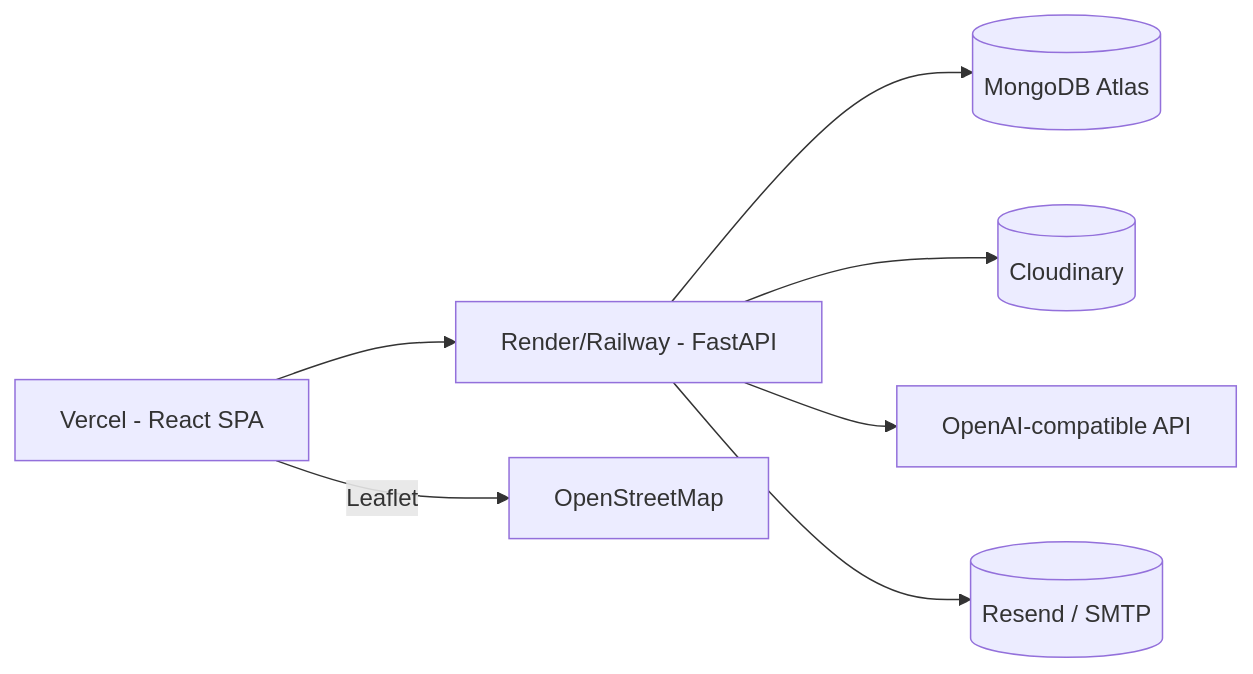
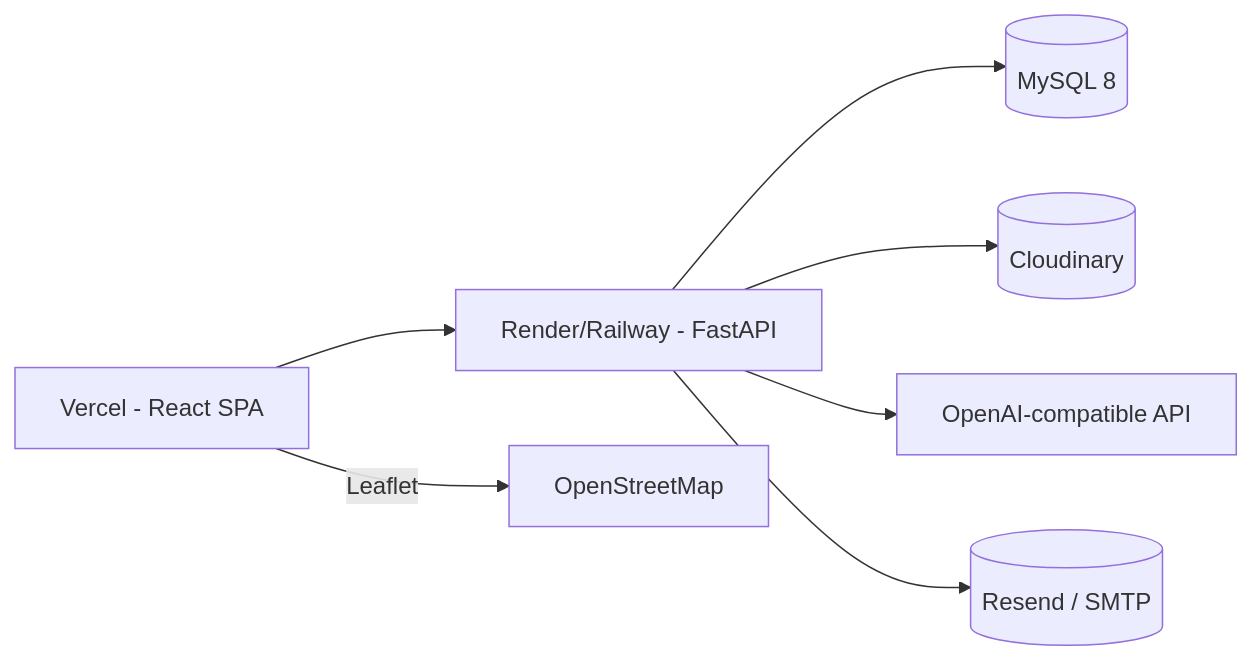
Before and after one commit to shreyasadawarti/legal-connect: the diagram in docs/deployment.md, drawn with Mermaid. The commit also changed other lines of this file and 60 other files, not shown here.

First line of the commit message:
﻿Migrate from MongoDB to MySQL with async SQLAlchemy

````diff
--- a/docs/deployment.md
+++ b/docs/deployment.md
@@ -7,9 +7,9 @@
 ```mermaid
 flowchart LR
     V[Vercel - React SPA] --> B[Render/Railway - FastAPI]
-    B --> M[(MongoDB Atlas)]
+    B --> M[(MySQL 8)]
     B --> C[(Cloudinary)]
     B --> AI[OpenAI-compatible API]
     B --> E[(Resend / SMTP)]
     V -->|Leaflet| O[OpenStreetMap]
 ```
````
